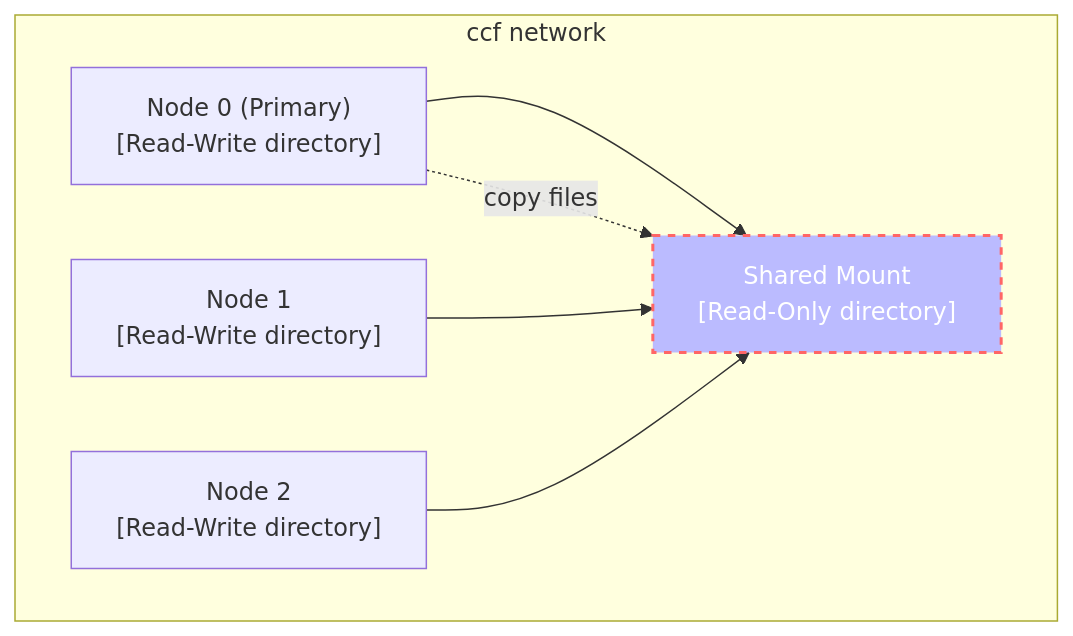
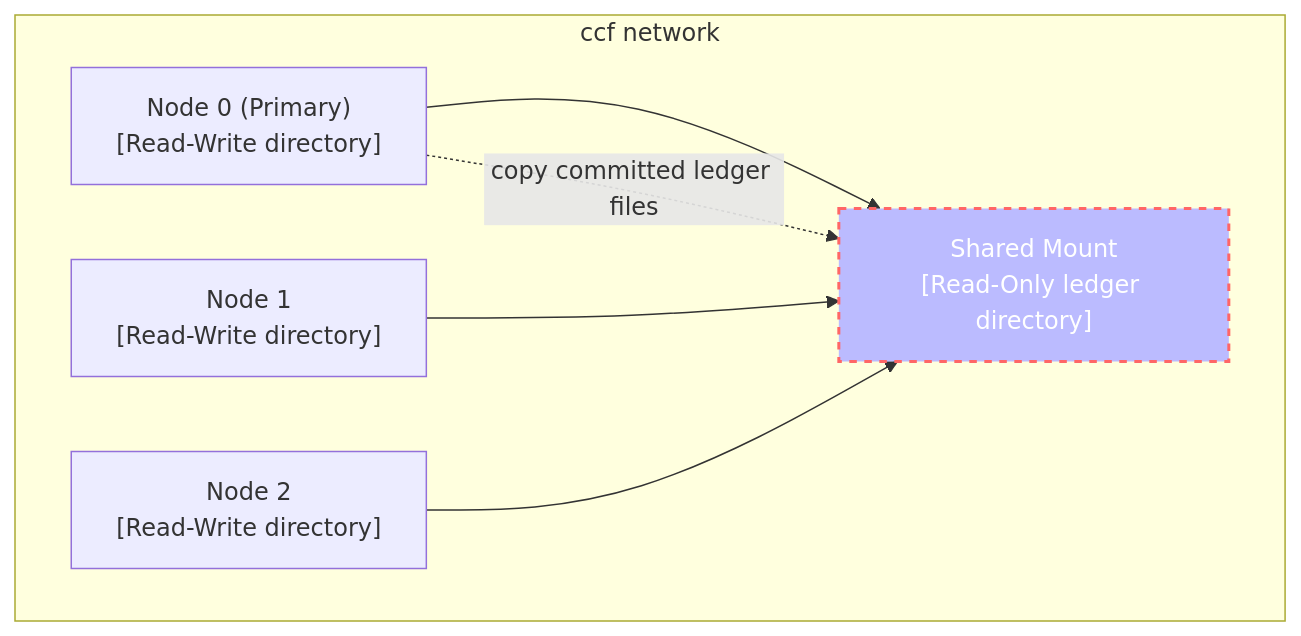
One commit to cjen1-msft/CCF changed the diagram in doc/operations/data_persistence.rst. Above: the diagram before and after it, drawn with Mermaid. The commit also changed other lines of this file and 80 other files, not shown here.

```diff
--- a/doc/operations/data_persistence.rst
+++ b/doc/operations/data_persistence.rst
@@ -20,14 +20,14 @@
 .. mermaid::
 
     graph TD;
     subgraph ccf network;
     A["Node 0 (Primary)<br> [Read-Write directory]"];
     B["Node 1<br> [Read-Write directory]"];
     C["Node 2<br> [Read-Write directory]"];
-    D["Shared Mount<br>[Read-Only directory]"]
+    D["Shared Mount<br>[Read-Only ledger directory]"]
     style D fill:#bbf,stroke:#f66,stroke-width:2px,color:#fff,stroke-dasharray: 5 5
     A-->D
-    A-. copy files .-> D
+    A-. copy committed ledger files .-> D
     B-->D
     C-->D
     end;
```
